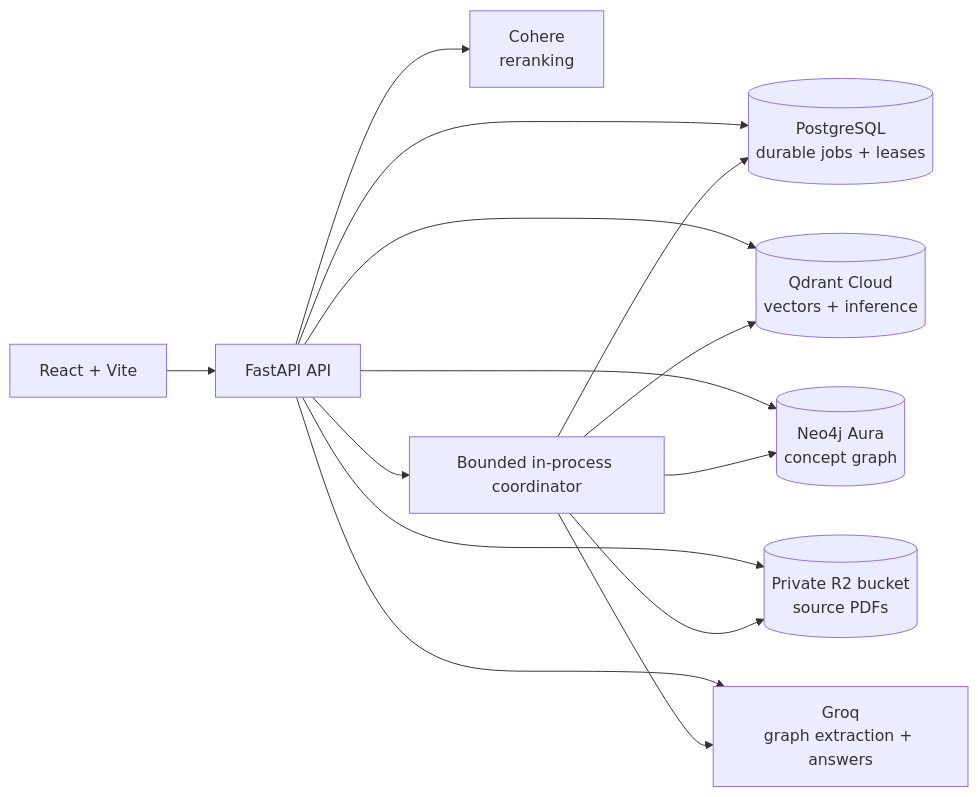
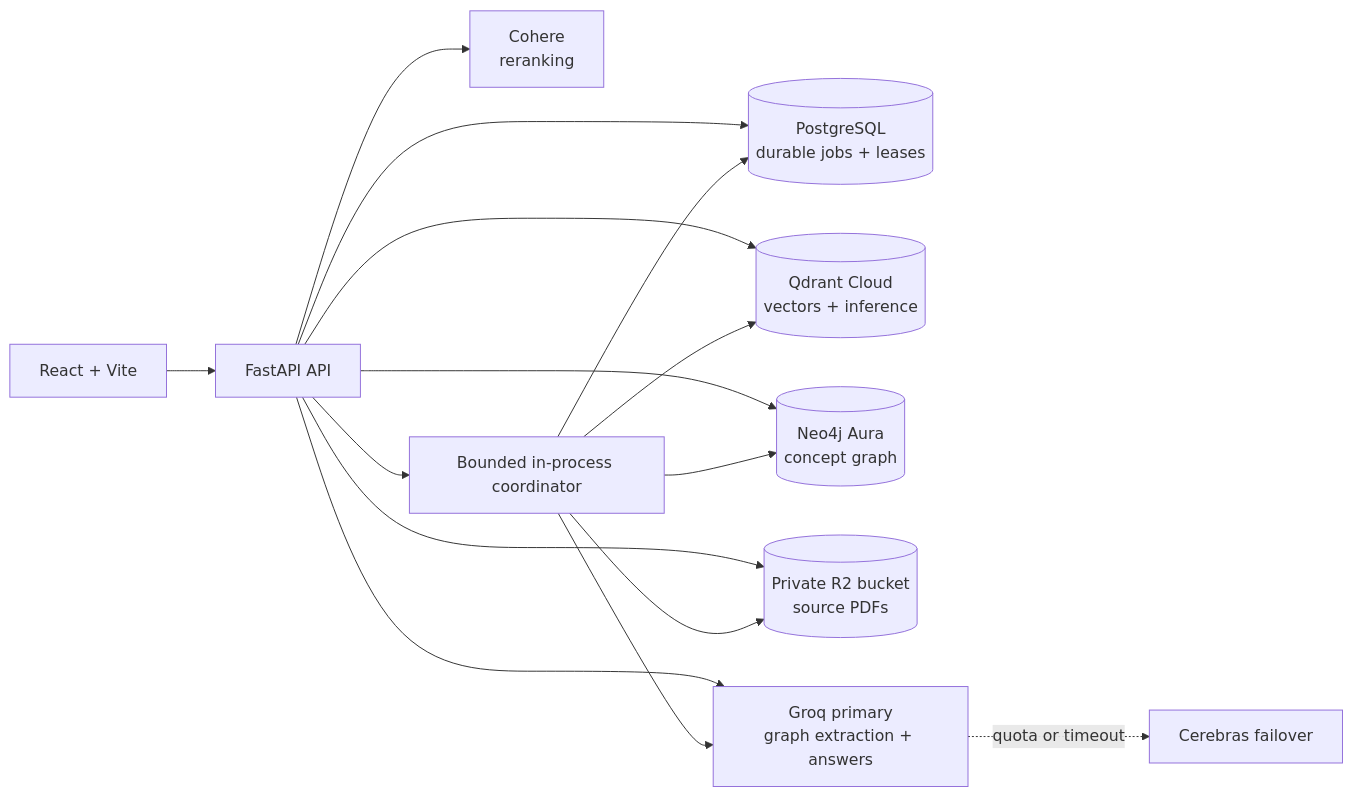
One commit to Ninjax26/conceptgraph-portfolio changed the diagram in README.md. Above: the diagram before and after it, drawn with Mermaid. The commit also changed other lines of this file and 12 other files, not shown here.

Commit message:
feat: add Cerebras LLM failover

````diff
--- a/README.md
+++ b/README.md
@@ -9,16 +9,17 @@
 ```mermaid
 flowchart LR
   UI[React + Vite] --> API[FastAPI API]
   API --> PG[(PostgreSQL\ndurable jobs + leases)]
   API --> Q[(Qdrant Cloud\nvectors + inference)]
   API --> N[(Neo4j Aura\nconcept graph)]
   API --> R2[(Private R2 bucket\nsource PDFs)]
-  API --> LLM[Groq\ngraph extraction + answers]
+  API --> LLM[Groq primary\ngraph extraction + answers]
+  LLM -. quota or timeout .-> CB[Cerebras failover]
   API --> RR[Cohere\nreranking]
   API --> C[Bounded in-process coordinator]
   C --> PG
   C --> R2
   C --> Q
   C --> N
   C --> LLM
 ```
````
